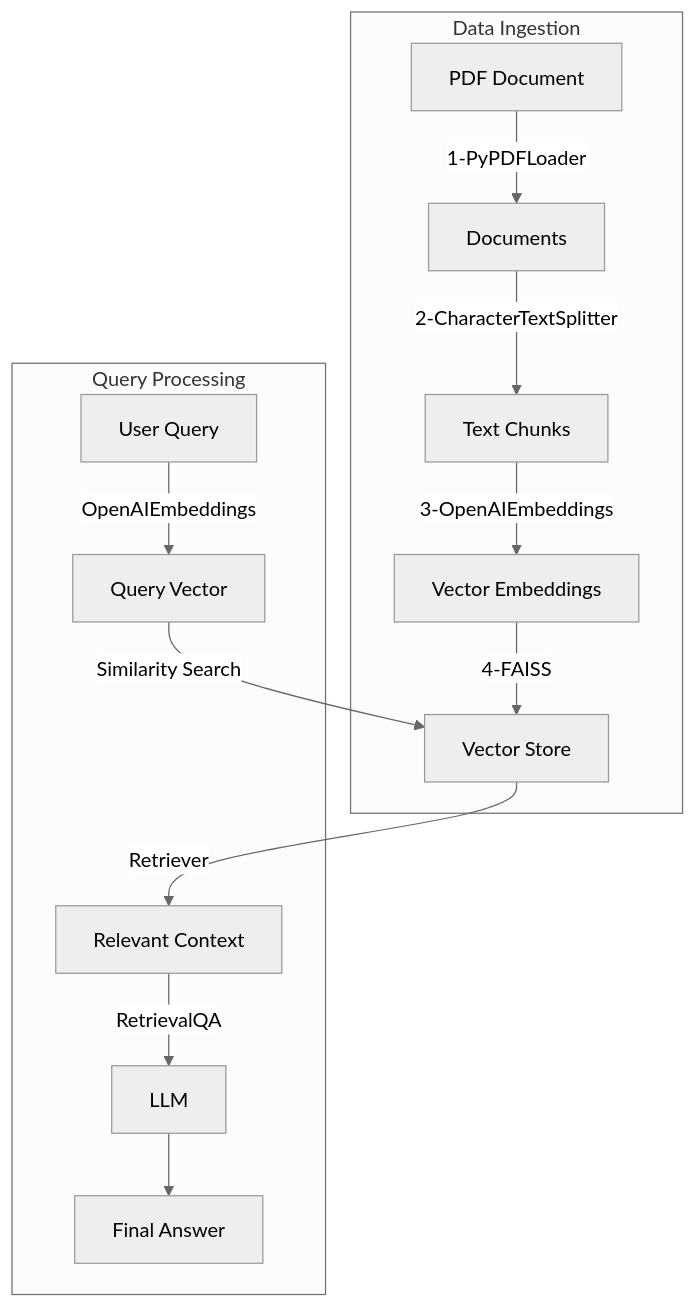
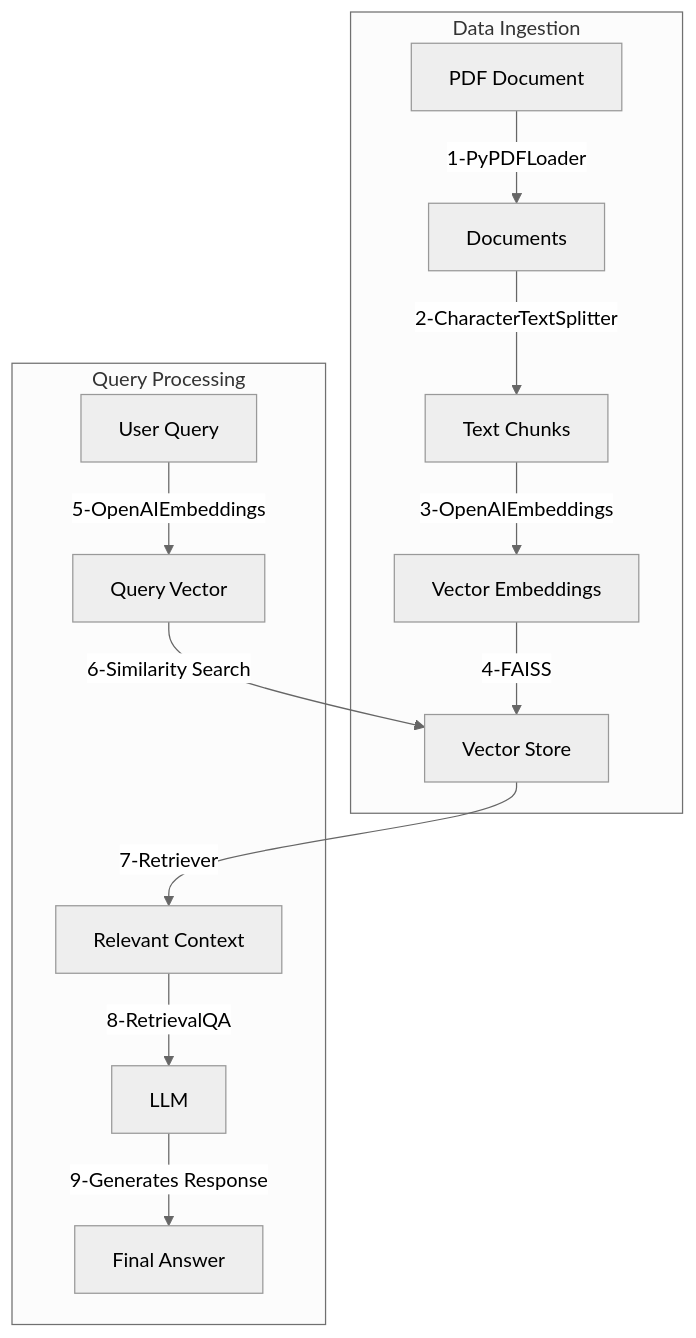
One commit to srinikraman/rag-basic-lc changed the diagram in README.md. Above: the diagram before and after it, drawn with Mermaid (neutral theme).

Commit message:
mermaid sequence update

````diff
--- a/README.md
+++ b/README.md
@@ -58,17 +58,17 @@
 ```mermaid
 flowchart TD
     subgraph Ingestion [Data Ingestion]
         A[PDF Document] -->|1-PyPDFLoader| B[Documents]
         B -->|2-CharacterTextSplitter| C[Text Chunks]
         C -->|3-OpenAIEmbeddings| D[Vector Embeddings]
         D -->|4-FAISS| E[Vector Store]
     end
 
     subgraph Query [Query Processing]
-		    F[User Query] -->|OpenAIEmbeddings| G[Query Vector]
-        E -->|Retriever| H[Relevant Context]
-        H -->|RetrievalQA| I[LLM]
-        G -->|Similarity Search| E
-        I --> J[Final Answer]
+		F[User Query] -->|5-OpenAIEmbeddings| G[Query Vector]
+		G -->|6-Similarity Search| E
+        E -->|7-Retriever| H[Relevant Context]
+        H -->|8-RetrievalQA| I[LLM]
+        I --> |9-Generates Response|J[Final Answer]
     end
 ```
````
